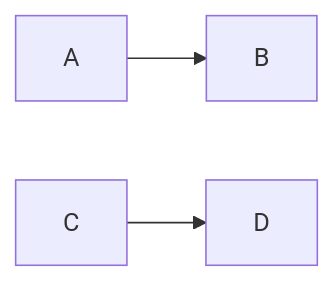
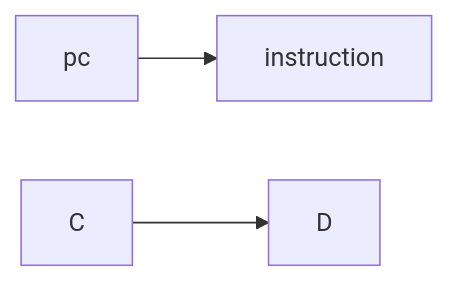
The diagram in programming.md (mHadi1091/my-notes-practice-), drawn with Mermaid before and after one commit.

````diff
--- a/programming.md
+++ b/programming.md
@@ -98,5 +98,5 @@
 ```mermaid
 flowchart LR
- A --> B
+ pc --> instruction
  C --> D
 ```
````
